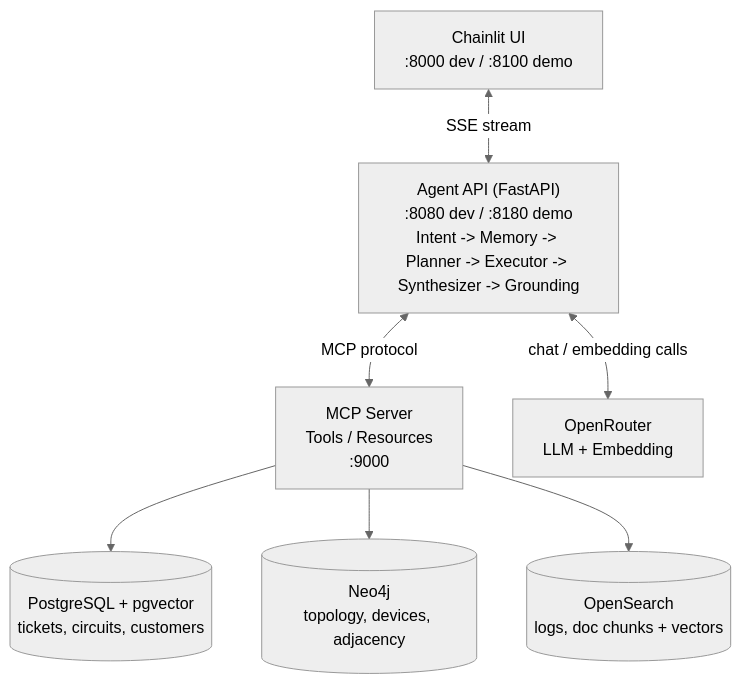
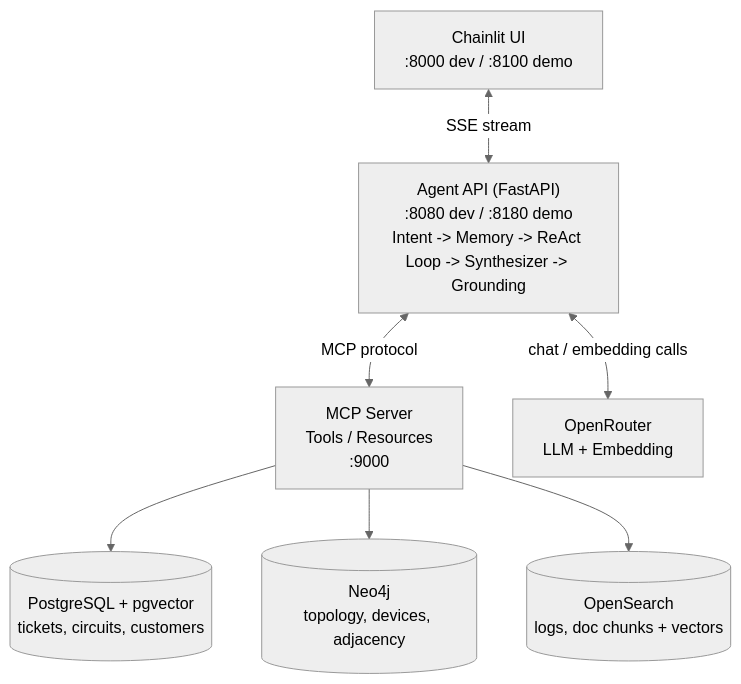
One commit to LLM-CE-KMITL/mcp-workshop changed the diagram in INSTRUCTIONS/day0/04-full-demo.md. Above: the diagram before and after it, drawn with Mermaid (neutral theme). The commit also changed other lines of this file and 38 other files, not shown here.

````diff
--- a/INSTRUCTIONS/day0/04-full-demo.md
+++ b/INSTRUCTIONS/day0/04-full-demo.md
@@ -12,17 +12,17 @@
 ```mermaid
 flowchart TB
     UI["Chainlit UI<br/>:8000 dev / :8100 demo"]
-    API["Agent API (FastAPI)<br/>:8080 dev / :8180 demo<br/>Intent -> Memory -> Planner -> Executor -> Synthesizer -> Grounding"]
+    API["Agent API (FastAPI)<br/>:8080 dev / :8180 demo<br/>Intent -> Memory -> ReAct Loop -> Synthesizer -> Grounding"]
     MCP["MCP Server<br/>Tools / Resources<br/>:9000"]
     LLM["OpenRouter<br/>LLM + Embedding"]
     PG[("PostgreSQL + pgvector<br/>tickets, circuits, customers")]
     NEO[("Neo4j<br/>topology, devices, adjacency")]
     OS[("OpenSearch<br/>logs, doc chunks + vectors")]
 
     UI <-->|SSE stream| API
     API <-->|chat / embedding calls| LLM
     API <-->|MCP protocol| MCP
     MCP --> PG
     MCP --> NEO
     MCP --> OS
 ```
````
